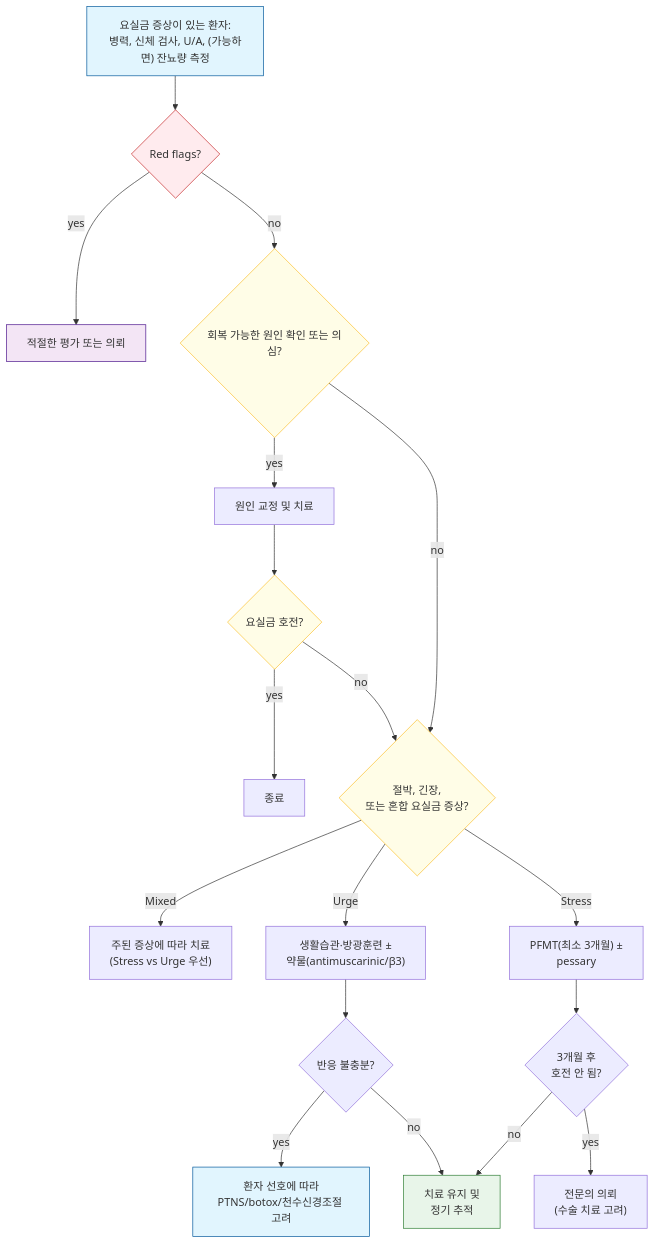
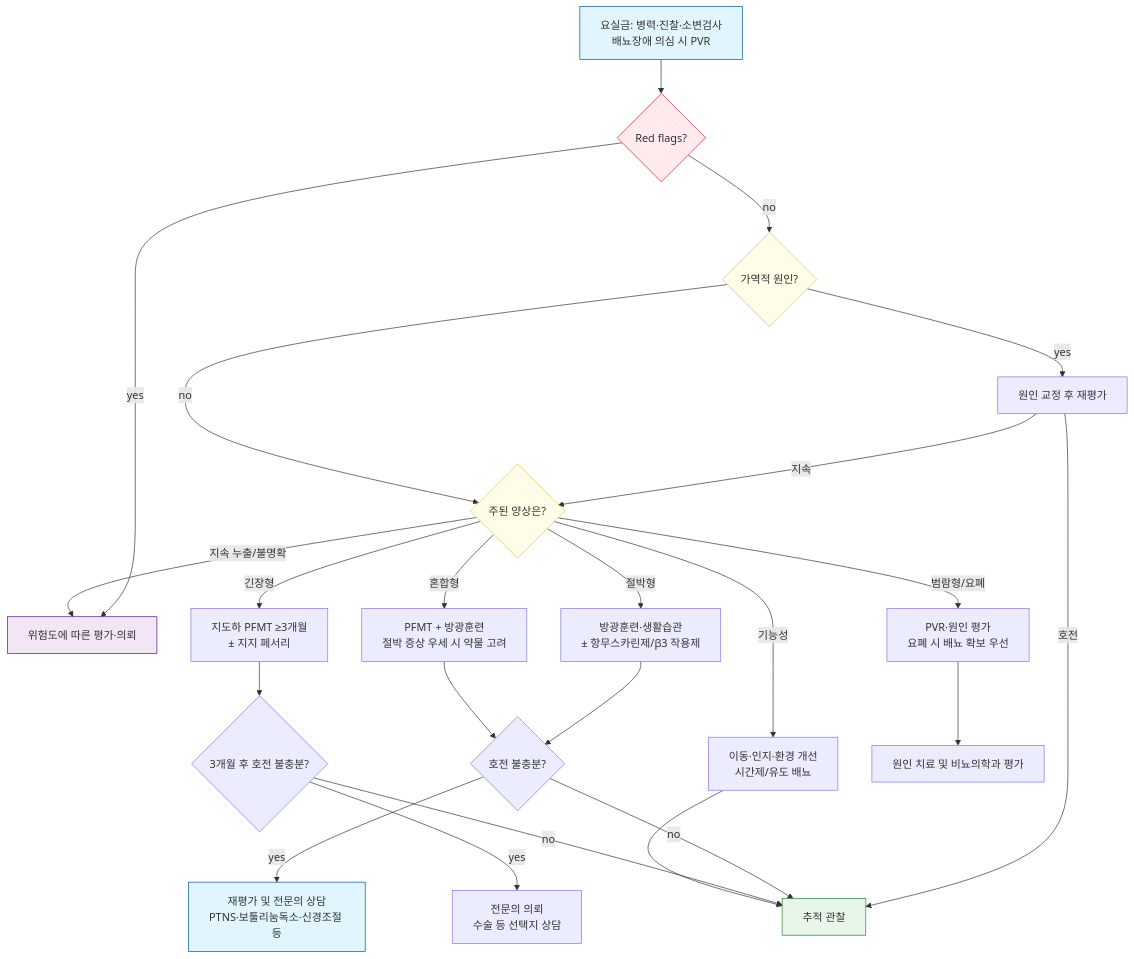
Before and after one commit to familyoh77/familyoh77: the diagram in 227_/125_-urinary-incontinence.md, drawn with Mermaid. The commit also changed other lines of this file, not shown here.

````diff
--- a/227_/125_-urinary-incontinence.md
+++ b/227_/125_-urinary-incontinence.md
@@ -118,32 +120,33 @@
 ```mermaid
 graph TD
-    A["요실금 증상이 있는 환자:<br/>병력, 신체 검사, U/A, (가능하면) 잔뇨량 측정"] --> B{"Red flags?"}
-    B -->|yes| C["적절한 평가 또는 의뢰"]
-    B -->|no| D{"회복 가능한 원인 확인 또는 의심?"}
-    D -->|yes| E["원인 교정 및 치료"]
-    E --> F{"요실금 호전?"}
-    F -->|yes| G["종료"]
-    F -->|no| H{"절박, 긴장,<br/>또는 혼합 요실금 증상?"}
+    A["요실금: 병력·진찰·소변검사<br/>배뇨장애 의심 시 PVR"] --> B{"Red flags?"}
+    B -->|yes| C["위험도에 따른 평가·의뢰"]
+    B -->|no| D{"가역적 원인?"}
+    D -->|yes| E["원인 교정 후 재평가"]
+    E -->|지속| H{"주된 양상은?"}
+    E -->|호전| S["추적 관찰"]
     D -->|no| H
-
-    H -->|Mixed| I["주된 증상에 따라 치료<br/>(Stress vs Urge 우선)"]
-    H -->|Urge| J["생활습관·방광훈련 ±<br/>약물(antimuscarinic/β3)"]
-    H -->|Stress| K["PFMT(최소 3개월) ±<br/>pessary"]
-
-    J --> M{"반응 불충분?"}
-    M -->|yes| Q["환자 선호에 따라<br/>PTNS/botox/천수신경조절 고려"]
-    M -->|no| S["치료 유지 및<br/>정기 추적"]
-
-    K --> N{"3개월 후<br/>호전 안 됨?"}
-    N -->|yes| R["전문의 의뢰<br/>(수술 치료 고려)"]
+    H -->|절박형| J["방광훈련·생활습관<br/>± 항무스카린제/β3 작용제"]
+    H -->|긴장형| K["지도하 PFMT ≥3개월<br/>± 지지 페서리"]
+    H -->|혼합형| I["PFMT + 방광훈련<br/>절박 증상 우세 시 약물 고려"]
+    H -->|범람형/요폐| L["PVR·원인 평가<br/>요폐 시 배뇨 확보 우선"]
+    H -->|기능성| T["이동·인지·환경 개선<br/>시간제/유도 배뇨"]
+    H -->|지속 누출/불명확| C
+    J --> M{"호전 불충분?"}
+    I --> M
+    M -->|yes| Q["재평가 및 전문의 상담<br/>PTNS·보툴리눔독소·신경조절 등"]
+    M -->|no| S
+    K --> N{"3개월 후 호전 불충분?"}
+    N -->|yes| R["전문의 의뢰<br/>수술 등 선택지 상담"]
     N -->|no| S
+    L --> U["원인 치료 및 비뇨의학과 평가"]
+    T --> S
 
     style A fill:#e1f5fe,stroke:#01579b
     style B fill:#ffebee,stroke:#c62828
     style C fill:#f3e5f5,stroke:#4a148c
     style D fill:#fffde7,stroke:#fbc02d
-    style F fill:#fffde7,stroke:#fbc02d
     style H fill:#fffde7,stroke:#fbc02d
     style Q fill:#e1f5fe,stroke:#01579b
     style S fill:#e8f5e9,stroke:#2e7d32
 ```
````
